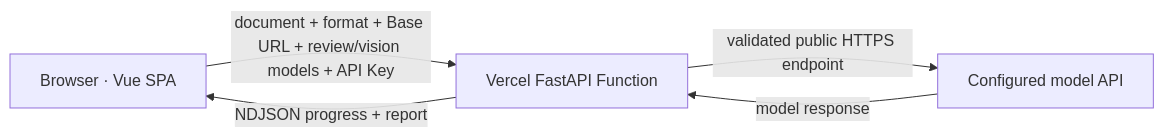
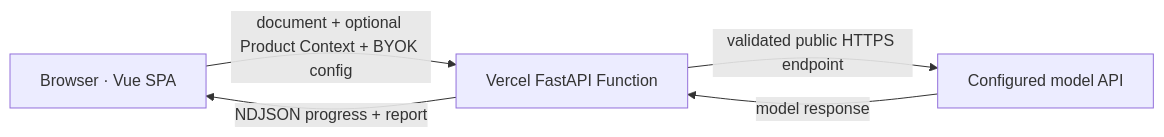
Before and after one commit to Maropion03/awesome-requirement-review-agent: the diagram in documentation/architecture.md, drawn with Mermaid. The commit also changed other lines of this file and 24 other files, not shown here.

````diff
--- a/documentation/architecture.md
+++ b/documentation/architecture.md
@@ -9,7 +9,7 @@
 ```mermaid
 flowchart LR
-    B["Browser · Vue SPA"] -->|"document + format + Base URL + review/vision models + API Key"| V["Vercel FastAPI Function"]
+    B["Browser · Vue SPA"] -->|"document + optional Product Context + BYOK config"| V["Vercel FastAPI Function"]
     V -->|"validated public HTTPS endpoint"| P["Configured model API"]
     P -->|"model response"| V
     V -->|"NDJSON progress + report"| B
 ```
````
